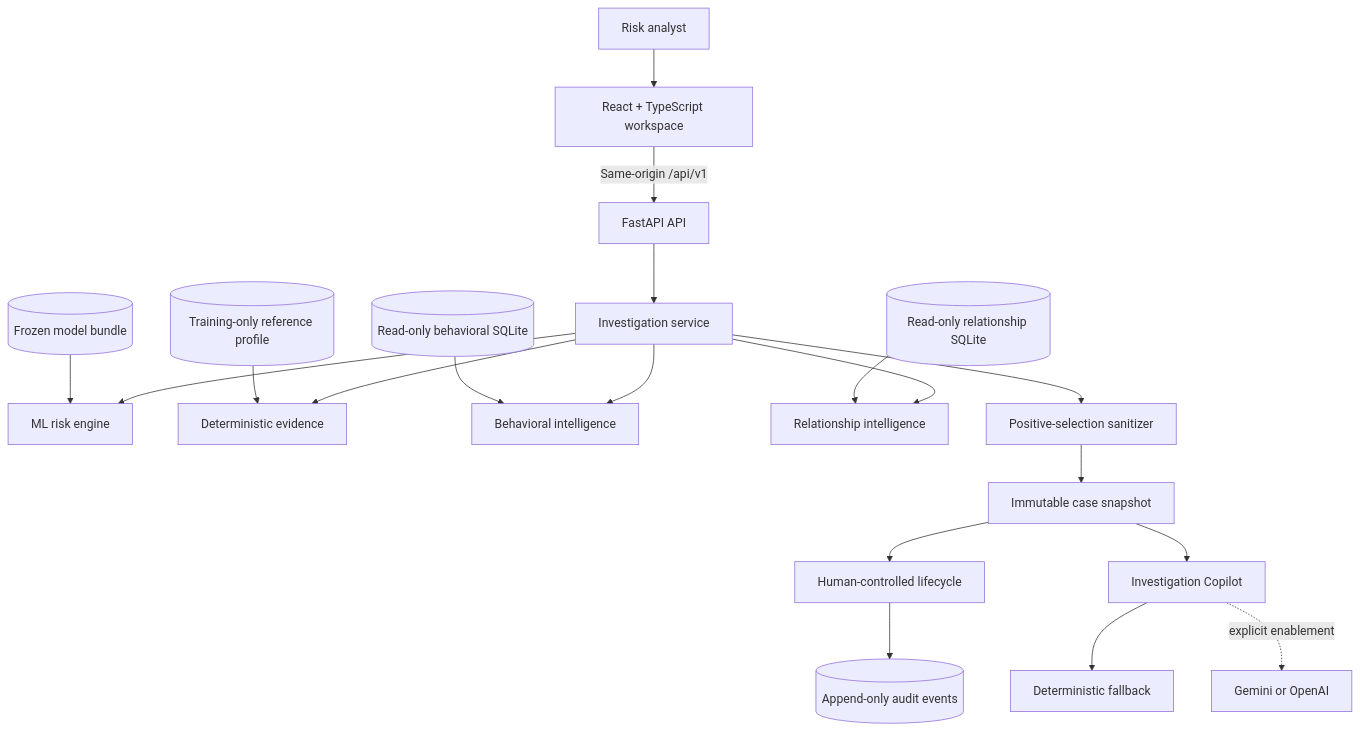
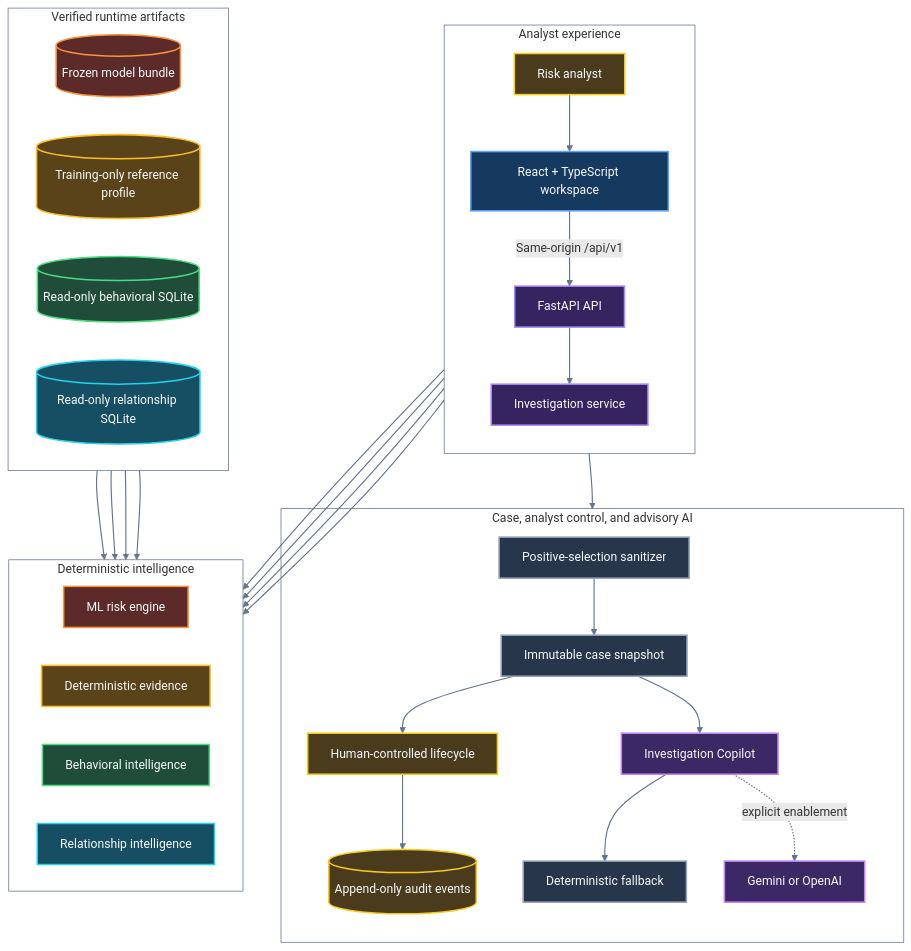
One commit to adilbagwan46/fraudetect-Ai changed the first of 4 diagrams in README.md. Above: the diagram before and after it, drawn with Mermaid. The commit also changed other lines of this file, not shown here.

Commit message:
docs: enhance README architecture visuals

````diff
--- a/README.md
+++ b/README.md
@@ -130,25 +130,73 @@
 ```mermaid
 flowchart TB
-    Analyst[Risk analyst] --> UI[React + TypeScript workspace]
-    UI -->|Same-origin /api/v1| API[FastAPI API]
+    subgraph Experience["Analyst experience"]
+        direction TB
+        Analyst[Risk analyst] --> UI[React + TypeScript workspace]
+        UI -->|Same-origin /api/v1| API[FastAPI API]
+        API --> Investigation[Investigation service]
+    end
 
-    API --> Investigation[Investigation service]
-    Investigation --> Risk[ML risk engine]
-    Investigation --> Evidence[Deterministic evidence]
-    Investigation --> Behavior[Behavioral intelligence]
-    Investigation --> Relationship[Relationship intelligence]
+    subgraph Intelligence["Deterministic intelligence"]
+        direction LR
+        Risk[ML risk engine]
+        Evidence[Deterministic evidence]
+        Behavior[Behavioral intelligence]
+        Relationship[Relationship intelligence]
+    end
 
-    Model[(Frozen model bundle)] --> Risk
-    Profile[(Training-only reference profile)] --> Evidence
-    BehaviorDB[(Read-only behavioral SQLite)] --> Behavior
-    RelationshipDB[(Read-only relationship SQLite)] --> Relationship
+    Investigation --> Risk
+    Investigation --> Evidence
+    Investigation --> Behavior
+    Investigation --> Relationship
 
-    Investigation --> Sanitizer[Positive-selection sanitizer]
-    Sanitizer --> Cases[Immutable case snapshot]
-    Cases --> Workflow[Human-controlled lifecycle]
-    Workflow --> Audit[(Append-only audit events)]
+    subgraph Runtime["Verified runtime artifacts"]
+        direction LR
+        Model[(Frozen model bundle)]
+        Profile[(Training-only reference profile)]
+        BehaviorDB[(Read-only behavioral SQLite)]
+        RelationshipDB[(Read-only relationship SQLite)]
+    end
 
-    Cases --> Copilot[Investigation Copilot]
-    Copilot --> Fallback[Deterministic fallback]
-    Copilot -. explicit enablement .-> Providers[Gemini or OpenAI]
+    Model --> Risk
+    Profile --> Evidence
+    BehaviorDB --> Behavior
+    RelationshipDB --> Relationship
+
+    subgraph Casework["Case, analyst control, and advisory AI"]
+        direction TB
+        Sanitizer[Positive-selection sanitizer] --> Cases[Immutable case snapshot]
+        Cases --> Workflow[Human-controlled lifecycle]
+        Workflow --> Audit[(Append-only audit events)]
+        Cases --> Copilot[Investigation Copilot]
+        Copilot --> Fallback[Deterministic fallback]
+        Copilot -. explicit enablement .-> Providers[Gemini or OpenAI]
+    end
+
+    Investigation --> Sanitizer
+
+    classDef human fill:#4A3B1D,stroke:#FACC15,color:#F8FAFC,stroke-width:2px;
+    classDef frontend fill:#163A5F,stroke:#60A5FA,color:#F8FAFC,stroke-width:2px;
+    classDef api fill:#35245F,stroke:#A78BFA,color:#F8FAFC,stroke-width:2px;
+    classDef ml fill:#5C2B29,stroke:#FB923C,color:#F8FAFC,stroke-width:2px;
+    classDef evidence fill:#5A4318,stroke:#FBBF24,color:#F8FAFC,stroke-width:2px;
+    classDef behavior fill:#1F4D3A,stroke:#4ADE80,color:#F8FAFC,stroke-width:2px;
+    classDef relationship fill:#164E63,stroke:#22D3EE,color:#F8FAFC,stroke-width:2px;
+    classDef neutral fill:#27364A,stroke:#94A3B8,color:#F8FAFC,stroke-width:2px;
+    classDef copilot fill:#3B2864,stroke:#C084FC,color:#F8FAFC,stroke-width:2px;
+
+    class Analyst,Workflow,Audit human;
+    class UI frontend;
+    class API,Investigation api;
+    class Risk,Model ml;
+    class Evidence,Profile evidence;
+    class Behavior,BehaviorDB behavior;
+    class Relationship,RelationshipDB relationship;
+    class Sanitizer,Cases,Fallback neutral;
+    class Copilot,Providers copilot;
+
+    style Experience fill:transparent,stroke:#64748B,stroke-width:1px;
+    style Intelligence fill:transparent,stroke:#64748B,stroke-width:1px;
+    style Runtime fill:transparent,stroke:#64748B,stroke-width:1px;
+    style Casework fill:transparent,stroke:#64748B,stroke-width:1px;
+    linkStyle default stroke:#64748B,stroke-width:1.5px;
 ```
````
